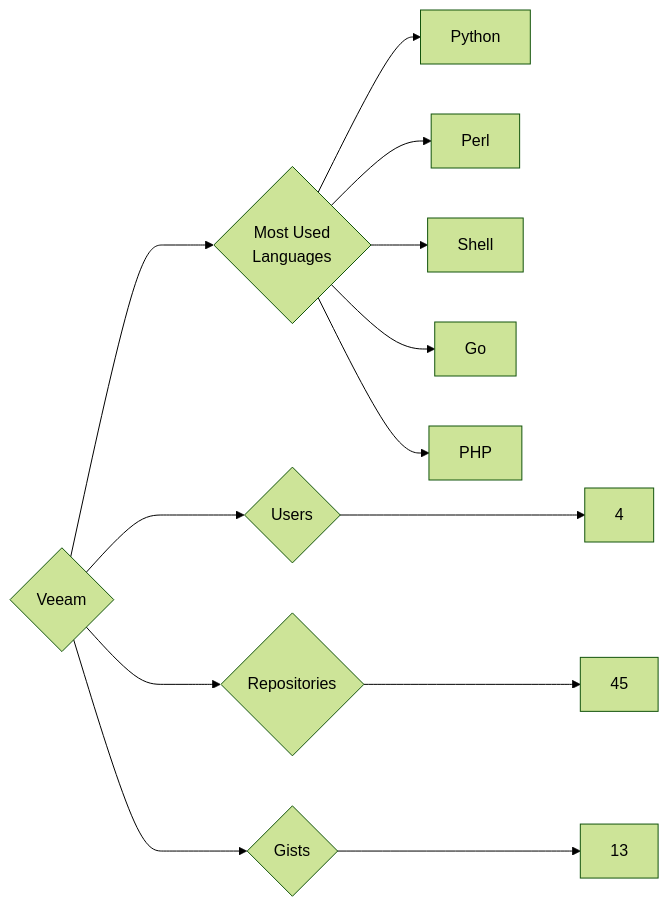
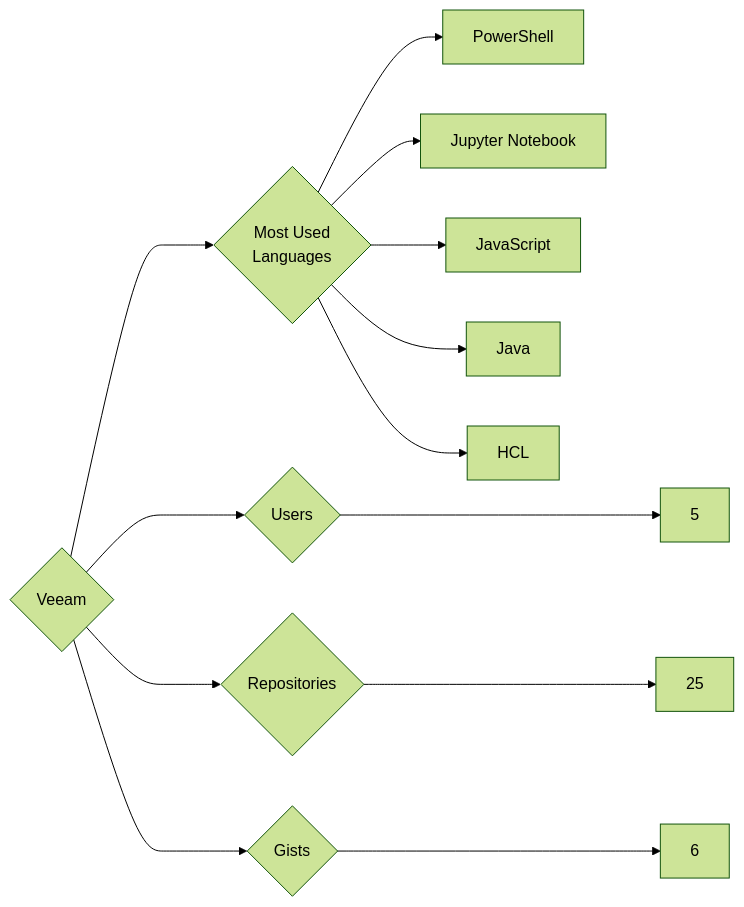
One commit to trickest/insiders changed the diagram in targets/Veeam/README.md. Above: the diagram before and after it, drawn with Mermaid (forest theme). The commit also changed 1484 other files, not shown here.

````diff
--- a/targets/Veeam/README.md
+++ b/targets/Veeam/README.md
@@ -3,13 +3,13 @@
 ```mermaid
 graph LR
 COMPANY_NAME{Veeam}
-COMPANY_NAME ---> U{Users} ---> UN[4]
-COMPANY_NAME ---> R{Repositories} ---> RN[45]
-COMPANY_NAME ---> G{Gists} ---> GN[13]
+COMPANY_NAME ---> U{Users} ---> UN[5]
+COMPANY_NAME ---> R{Repositories} ---> RN[25]
+COMPANY_NAME ---> G{Gists} ---> GN[6]
 COMPANY_NAME ---> ML{Most Used<br>Languages}
-ML --> Python[Python]
-ML --> Perl[Perl]
-ML --> Shell[Shell]
-ML --> Go[Go]
-ML --> PHP[PHP]
+ML --> PowerShell[PowerShell]
+ML --> Jupyter_Notebook[Jupyter Notebook]
+ML --> JavaScript[JavaScript]
+ML --> Java[Java]
+ML --> HCL[HCL]
 ```
````
